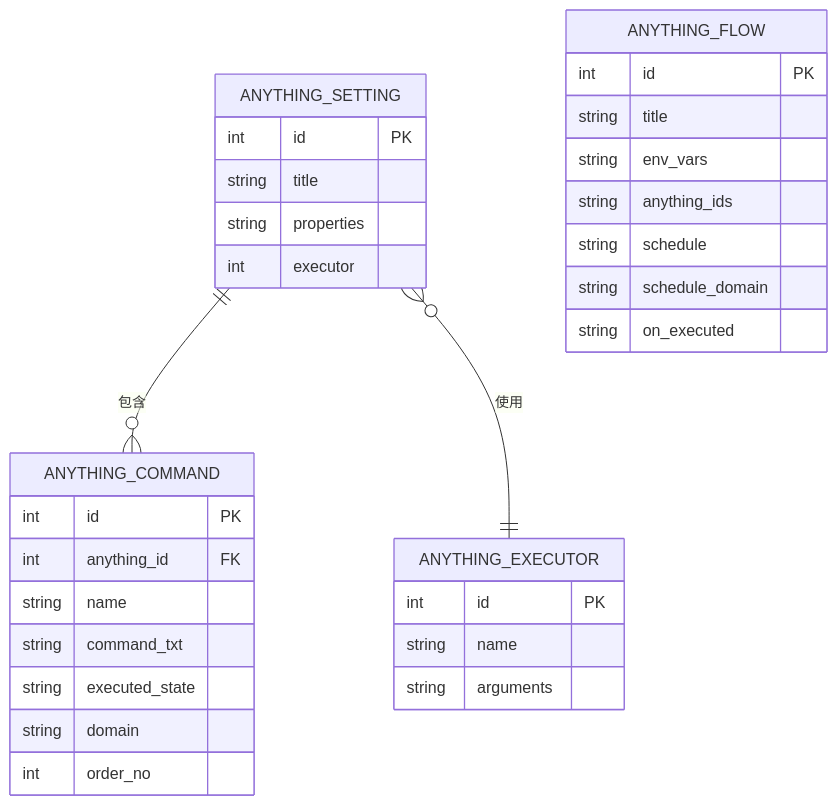
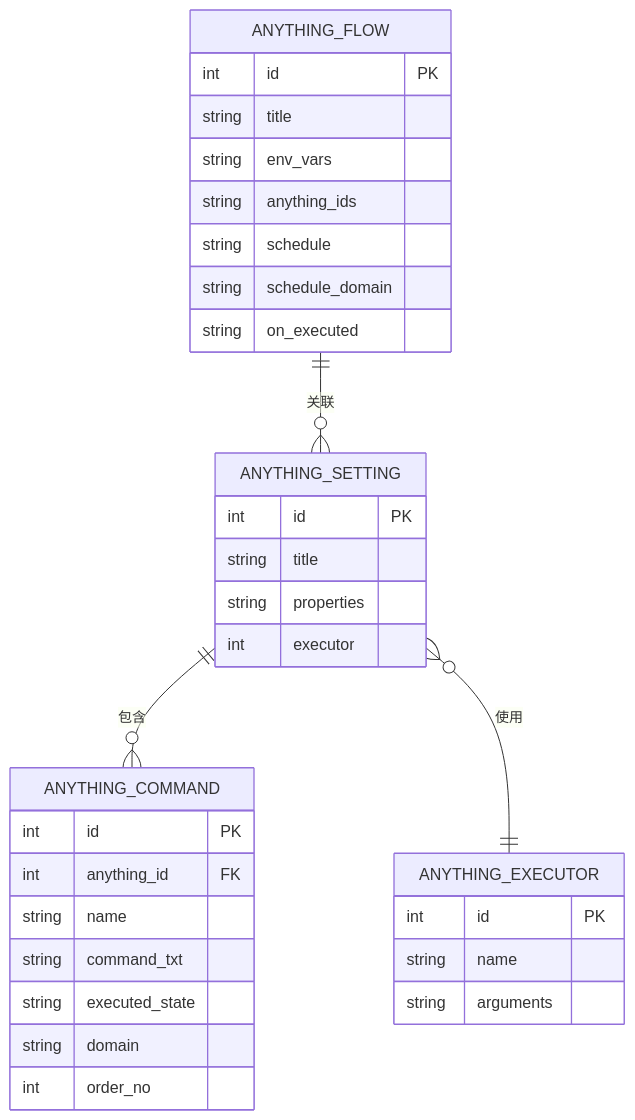
The sixth of 6 diagrams in .qoder/repowiki/zh/content/远程主机管理模块/远程主机管理模块.md (Sosososolong/AirGo), drawn with Mermaid before and after one commit. The commit also changed other lines of this file and 22 other files, not shown here.

````diff
--- a/.qoder/repowiki/zh/content/远程主机管理模块/远程主机管理模块.md
+++ b/.qoder/repowiki/zh/content/远程主机管理模块/远程主机管理模块.md
@@ -420,34 +474,35 @@
 ```mermaid
 erDiagram
 ANYTHING_SETTING {
 int id PK
 string title
 string properties
 int executor
 }
 ANYTHING_COMMAND {
 int id PK
 int anything_id FK
 string name
 string command_txt
 string executed_state
 string domain
 int order_no
 }
 ANYTHING_EXECUTOR {
 int id PK
 string name
 string arguments
 }
 ANYTHING_FLOW {
 int id PK
 string title
 string env_vars
 string anything_ids
 string schedule
 string schedule_domain
 string on_executed
 }
 ANYTHING_SETTING ||--o{ ANYTHING_COMMAND : "包含"
 ANYTHING_SETTING }o--|| ANYTHING_EXECUTOR : "使用"
+ANYTHING_FLOW ||--o{ ANYTHING_SETTING : "关联"
 ```
````
